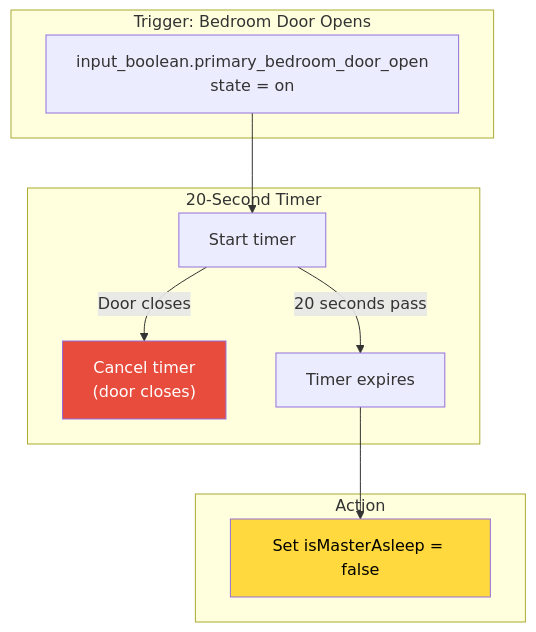
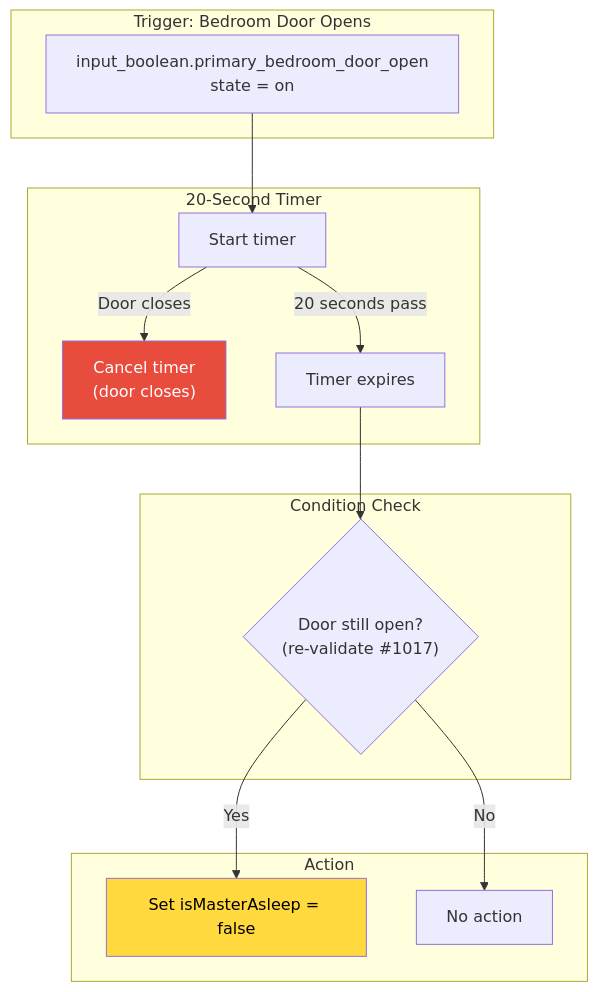
One commit to NickBorgers/home-automation changed the third of 6 diagrams in docs/flows/STATE_TRACKING.md. Above: the diagram before and after it, drawn with Mermaid. The commit also changed other lines of this file, not shown here.

Commit message:
docs: update STATE_TRACKING.md flow diagrams to reflect re-validation guards (#1017)
Both the Master Asleep and Master Awake detection diagrams now show the
entity re-read step that fires at timer expiry before taking action.

````diff
--- a/docs/flows/STATE_TRACKING.md
+++ b/docs/flows/STATE_TRACKING.md
@@ -102,24 +105,31 @@
 ```mermaid
 flowchart TD
     subgraph Trigger["Trigger: Bedroom Door Opens"]
         doorOpen["input_boolean.primary_bedroom_door_open<br/>state = on"]
     end
 
     subgraph Timer["20-Second Timer"]
         start["Start timer"]
         cancel["Cancel timer<br/>(door closes)"]
         expire["Timer expires"]
     end
 
+    subgraph Check["Condition Check"]
+        checkDoor{"Door still open?<br/>(re-validate #1017)"}
+    end
+
     subgraph Action["Action"]
         setAwake["Set isMasterAsleep = false"]
+        skipWake["No action"]
     end
 
     doorOpen --> start
     start -->|Door closes| cancel
     start -->|20 seconds pass| expire
-    expire --> setAwake
+    expire --> checkDoor
+    checkDoor -->|No| skipWake
+    checkDoor -->|Yes| setAwake
 
     style setAwake fill:#ffd93d,color:#000
     style cancel fill:#e74c3c,color:#fff
 ```
````
